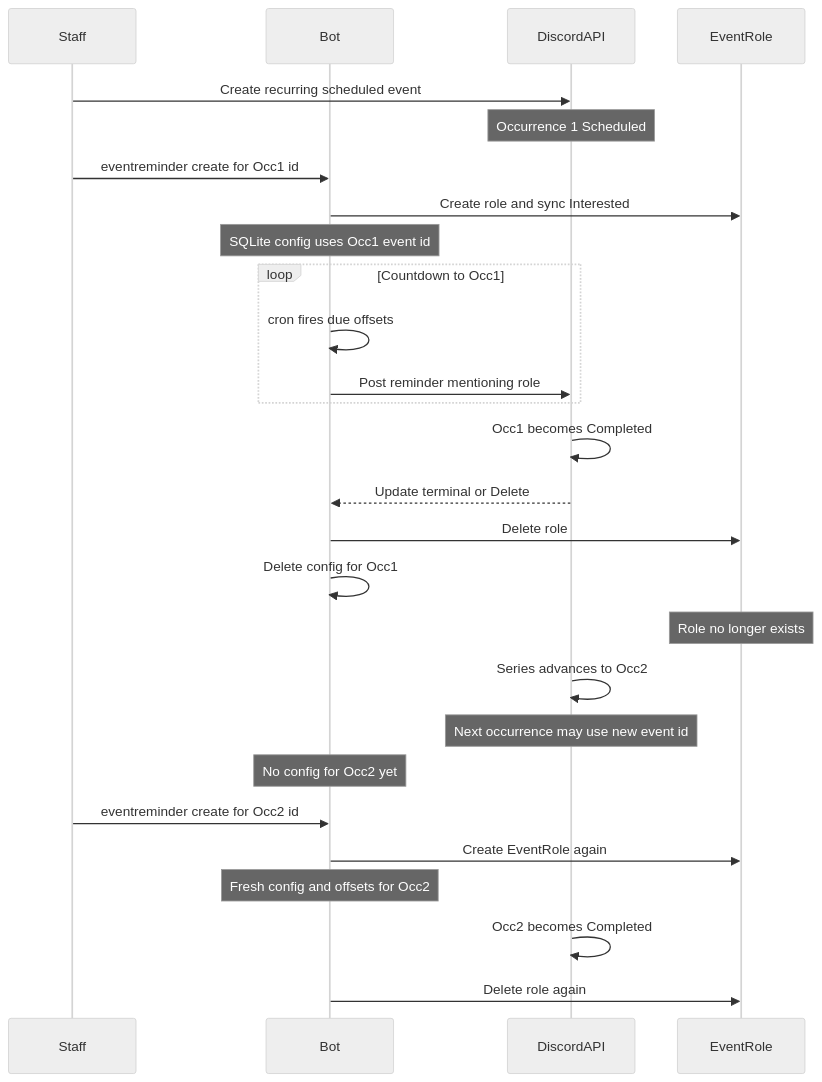
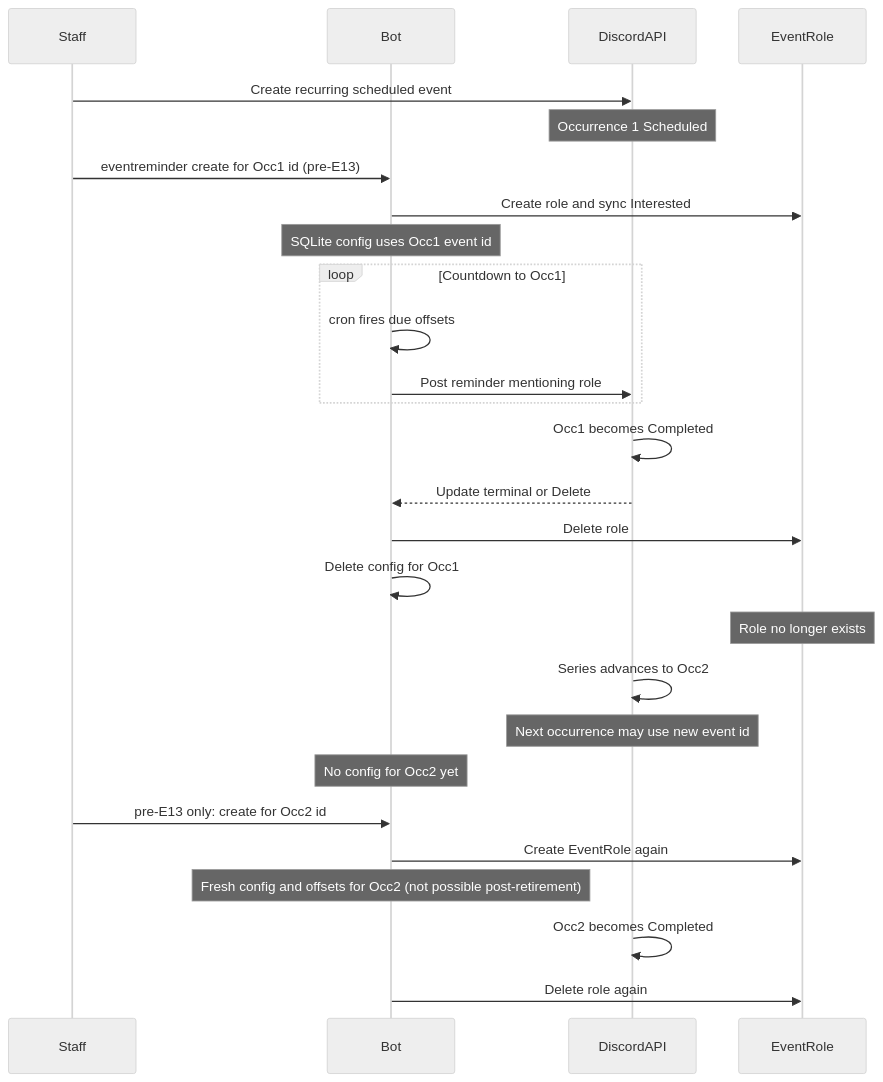
Before and after one commit to metalsp0rk/boiler-snake: the fourth of 4 diagrams in docs/event-reminders.md, drawn with Mermaid (neutral theme). The commit also changed other lines of this file and 4 other files, not shown here.

````diff
--- a/docs/event-reminders.md
+++ b/docs/event-reminders.md
@@ -125,36 +125,36 @@
 ```mermaid
 sequenceDiagram
   participant Staff
   participant Bot
   participant Discord as DiscordAPI
   participant Role as EventRole
 
   Staff->>Discord: Create recurring scheduled event
   Note over Discord: Occurrence 1 Scheduled
 
-  Staff->>Bot: eventreminder create for Occ1 id
+  Staff->>Bot: eventreminder create for Occ1 id (pre-E13)
   Bot->>Role: Create role and sync Interested
   Note over Bot: SQLite config uses Occ1 event id
 
   loop Countdown to Occ1
     Bot->>Bot: cron fires due offsets
     Bot->>Discord: Post reminder mentioning role
   end
 
   Discord->>Discord: Occ1 becomes Completed
   Discord-->>Bot: Update terminal or Delete
   Bot->>Role: Delete role
   Bot->>Bot: Delete config for Occ1
   Note over Role: Role no longer exists
 
   Discord->>Discord: Series advances to Occ2
   Note over Discord: Next occurrence may use new event id
   Note over Bot: No config for Occ2 yet
 
-  Staff->>Bot: eventreminder create for Occ2 id
+  Staff->>Bot: pre-E13 only: create for Occ2 id
   Bot->>Role: Create EventRole again
-  Note over Bot: Fresh config and offsets for Occ2
+  Note over Bot: Fresh config and offsets for Occ2 (not possible post-retirement)
 
   Discord->>Discord: Occ2 becomes Completed
   Bot->>Role: Delete role again
 ```
````
